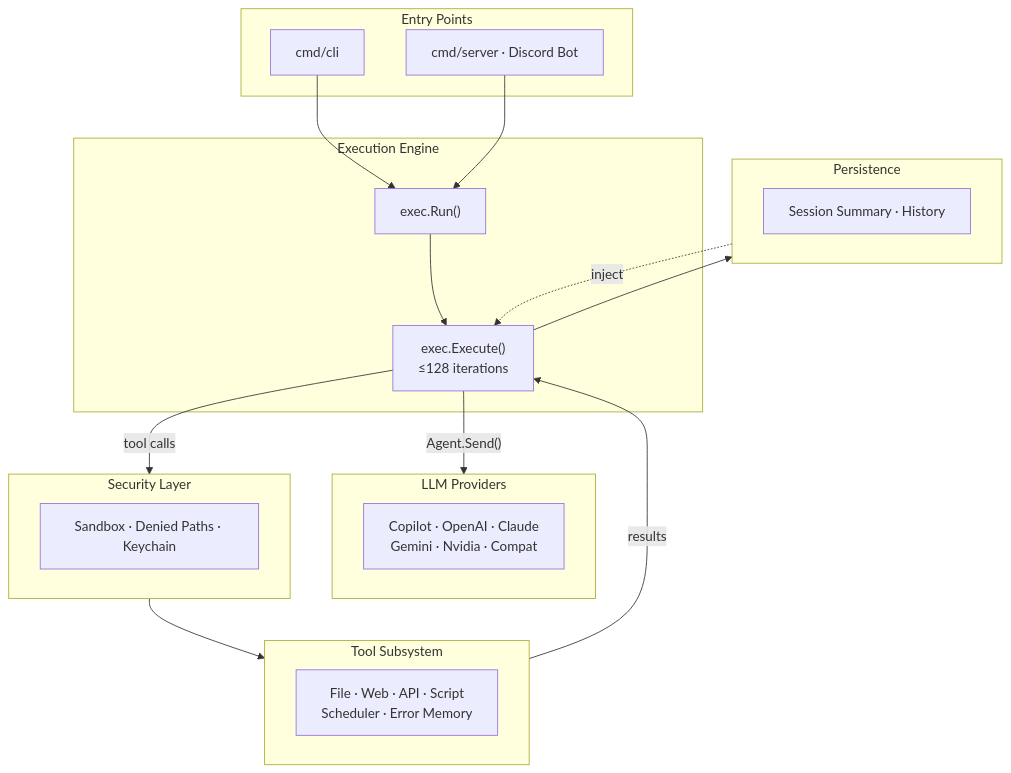
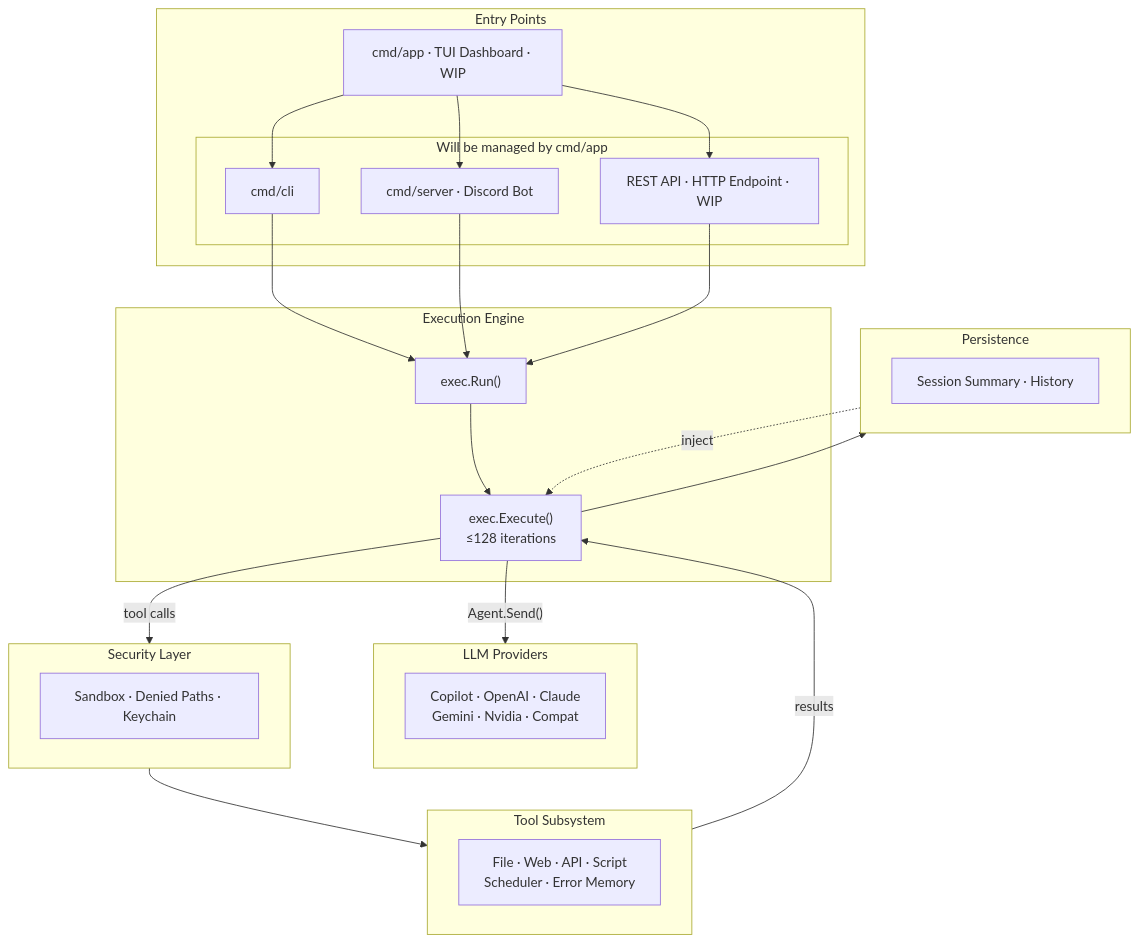
Before and after one commit to pardnchiu/Agenvoy: the diagram in README.md, drawn with Mermaid. The commit also changed other lines of this file and 2 other files, not shown here.

Commit message:
doc: Restructure README to highlight TUI dashboard, refine feature set and project description

````diff
--- a/README.md
+++ b/README.md
@@ -47,38 +51,46 @@
 ```mermaid
 graph TB
     subgraph Entry ["Entry Points"]
-        CLI["cmd/cli"]
-        Discord["cmd/server · Discord Bot"]
+        App["cmd/app · TUI Dashboard · WIP"]
+        subgraph Managed ["Will be managed by cmd/app"]
+            CLI["cmd/cli"]
+            Discord["cmd/server · Discord Bot"]
+            API["REST API · HTTP Endpoint · WIP"]
+        end
     end
 
     subgraph Engine ["Execution Engine"]
         Run["exec.Run()"]
         Execute["exec.Execute()\n≤128 iterations"]
     end
 
     subgraph Providers ["LLM Providers"]
         P["Copilot · OpenAI · Claude\nGemini · Nvidia · Compat"]
     end
 
     subgraph Security ["Security Layer"]
         S["Sandbox · Denied Paths · Keychain"]
     end
 
     subgraph Tools ["Tool Subsystem"]
         T["File · Web · API · Script\nScheduler · Error Memory"]
     end
 
     subgraph Persistence ["Persistence"]
         PS["Session Summary · History"]
     end
 
+    App --> CLI
+    App --> Discord
+    App --> API
     CLI --> Run
     Discord --> Run
+    API --> Run
     Run --> Execute
     Execute -->|"Agent.Send()"| Providers
     Execute -->|"tool calls"| Security
     Security --> Tools
     Tools -->|"results"| Execute
     Execute --> Persistence
     Persistence -.->|"inject"| Execute
 ```
````
